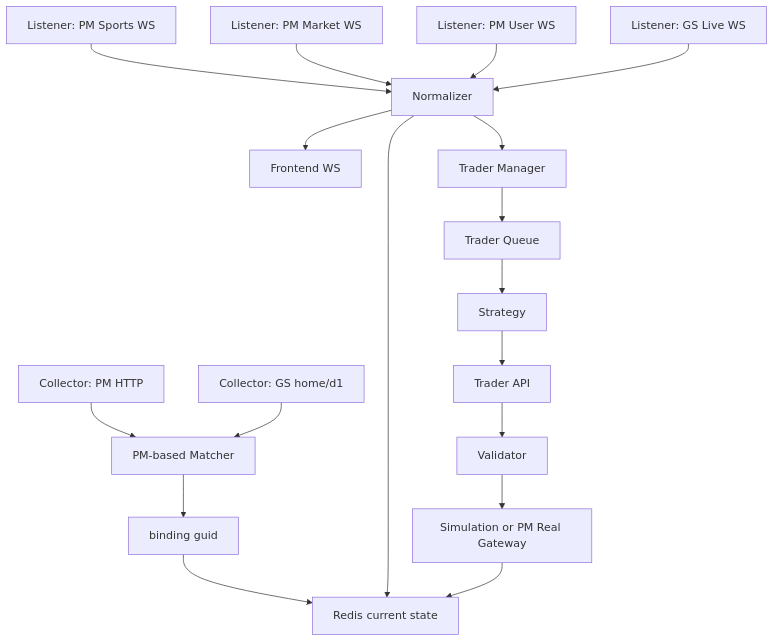
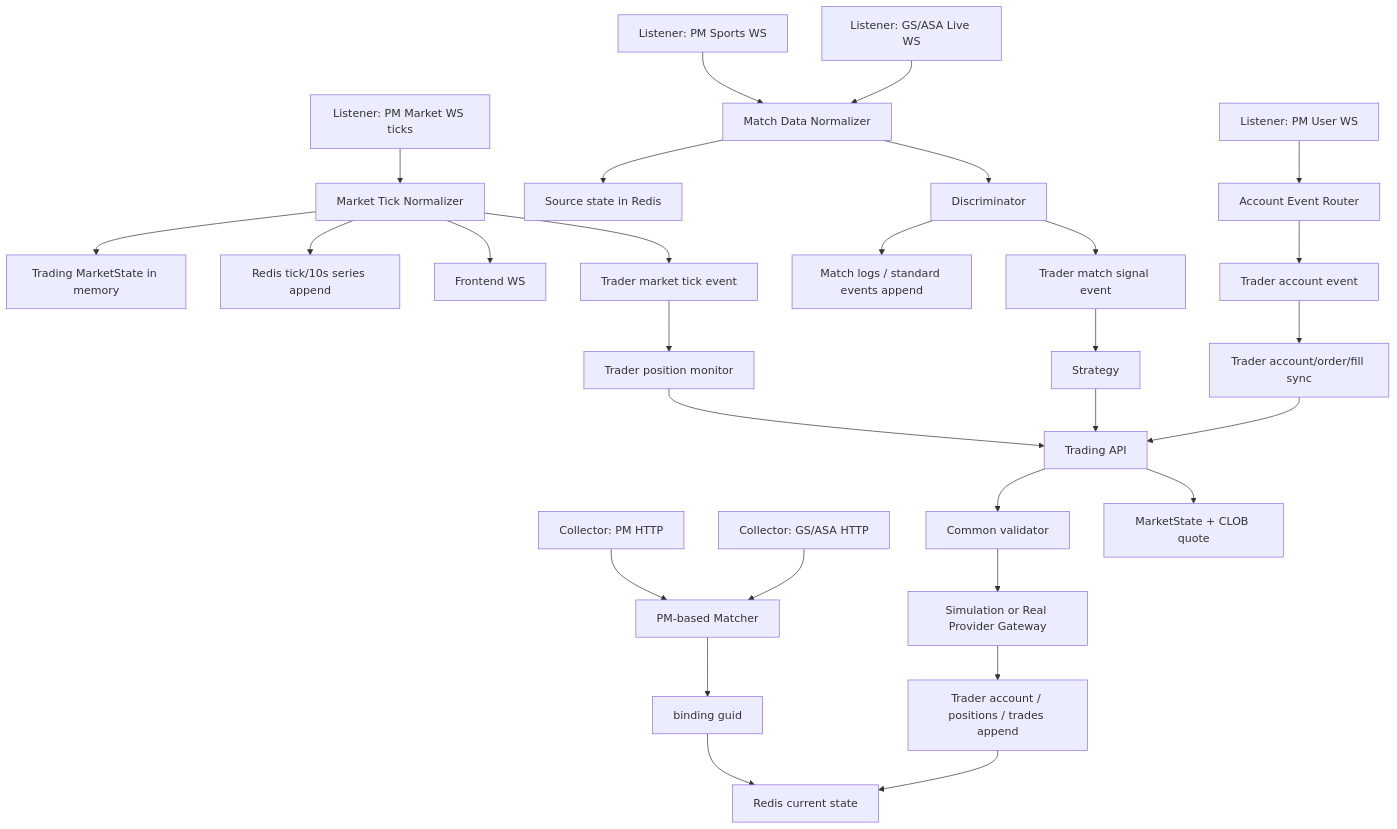
The diagram in 03-system-design.md (liuyannnnn/poly-pdt), drawn with Mermaid before and after one commit. The commit also changed other lines of this file and 16 other files, not shown here.

Commit message:
Align trading signal flow and docs

````diff
--- a/03-system-design.md
+++ b/03-system-design.md
@@ -121,20 +126,31 @@
 ```mermaid
 flowchart TD
   A["Collector: PM HTTP"] --> C["PM-based Matcher"]
-  B["Collector: GS home/d1"] --> C
+  B["Collector: GS/ASA HTTP"] --> C
   C --> G["binding guid"]
   G --> R["Redis current state"]
-  D["Listener: PM Sports WS"] --> N["Normalizer"]
-  E["Listener: PM Market WS"] --> N
-  F["Listener: PM User WS"] --> N
-  H["Listener: GS Live WS"] --> N
-  N --> R
-  N --> W["Frontend WS"]
-  N --> T["Trader Manager"]
-  T --> Q["Trader Queue"]
-  Q --> S["Strategy"]
-  S --> X["Trader API"]
-  X --> V["Validator"]
-  V --> Y["Simulation or PM Real Gateway"]
-  Y --> R
+  D["Listener: PM Market WS ticks"] --> M["Market Tick Normalizer"]
+  M --> MS["Trading MarketState in memory"]
+  M --> TS["Redis tick/10s series append"]
+  M --> W["Frontend WS"]
+  M --> TE["Trader market tick event"]
+  TE --> TR["Trader position monitor"]
+  E["Listener: PM Sports WS"] --> BN["Match Data Normalizer"]
+  F["Listener: GS/ASA Live WS"] --> BN
+  BN --> SR["Source state in Redis"]
+  BN --> DI["Discriminator"]
+  DI --> LG["Match logs / standard events append"]
+  DI --> SE["Trader match signal event"]
+  SE --> ST["Strategy"]
+  ST --> X["Trading API"]
+  TR --> X
+  U["Listener: PM User WS"] --> AR["Account Event Router"]
+  AR --> AE["Trader account event"]
+  AE --> TA["Trader account/order/fill sync"]
+  TA --> X
+  X --> V["Common validator"]
+  X --> Q["MarketState + CLOB quote"]
+  V --> Y["Simulation or Real Provider Gateway"]
+  Y --> AC["Trader account / positions / trades append"]
+  AC --> R
 ```
````
